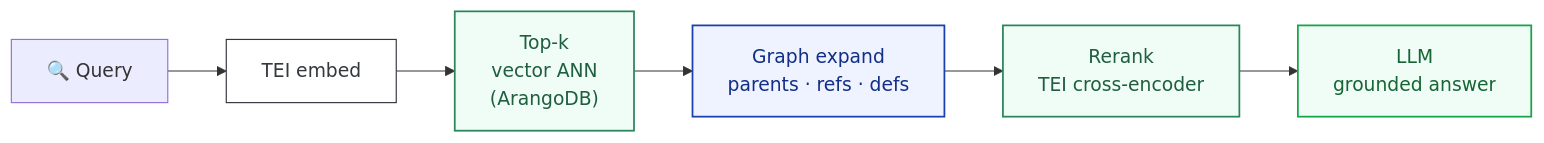
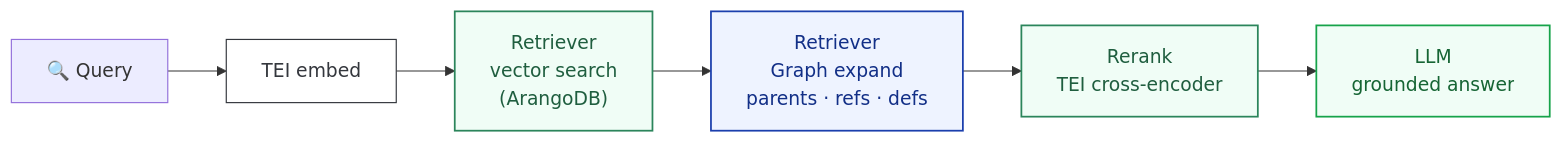
Before and after one commit to jrevillard/genie-ai-replica: the fifth of 8 diagrams in docs/presentations/genie-ai-sovereign-architecture.md, drawn with Mermaid. The commit also changed other lines of this file and 1 other file, not shown here.

````diff
--- a/docs/presentations/genie-ai-sovereign-architecture.md
+++ b/docs/presentations/genie-ai-sovereign-architecture.md
@@ -460,17 +456,17 @@
 ```mermaid
 flowchart LR
   Q["🔍 Query"] --> E["TEI embed"]:::core
-  E --> V["Top-k<br/>vector ANN<br/>(ArangoDB)"]:::ai
-  V --> G["Graph expand<br/>parents · refs · defs"]:::data
+  E --> V["Retriever<br/>vector search<br/>(ArangoDB)"]:::ai
+  V --> G["Retriever<br/>Graph expand<br/>parents · refs · defs"]:::data
   G --> R["Rerank<br/>TEI cross-encoder"]:::ai
   R --> L["LLM<br/>grounded answer"]:::ok
 
 classDef client fill:#ffffff,stroke:#94a3b8,stroke-width:1px,color:#475569;
 classDef gateway fill:#ffffff,stroke:#1b3fad,stroke-width:2px,color:#1b3fad;
 classDef core fill:#ffffff,stroke:#34373d,stroke-width:1px,color:#34373d;
 classDef data fill:#eef3ff,stroke:#1b3fad,stroke-width:1.5px,color:#122f87;
 classDef ai fill:#f0fdf6,stroke:#2b855b,stroke-width:1.5px,color:#1f5e3f;
 classDef orch fill:#ffffff,stroke:#7c3aed,stroke-width:1.5px,stroke-dasharray:4 3,color:#5b21b6;
 classDef risk fill:#fef2f2,stroke:#dc2626,stroke-width:1.5px,color:#991b1b;
 classDef ok fill:#f0fdf6,stroke:#16a34a,stroke-width:1.5px,color:#166534;
 ```
````
